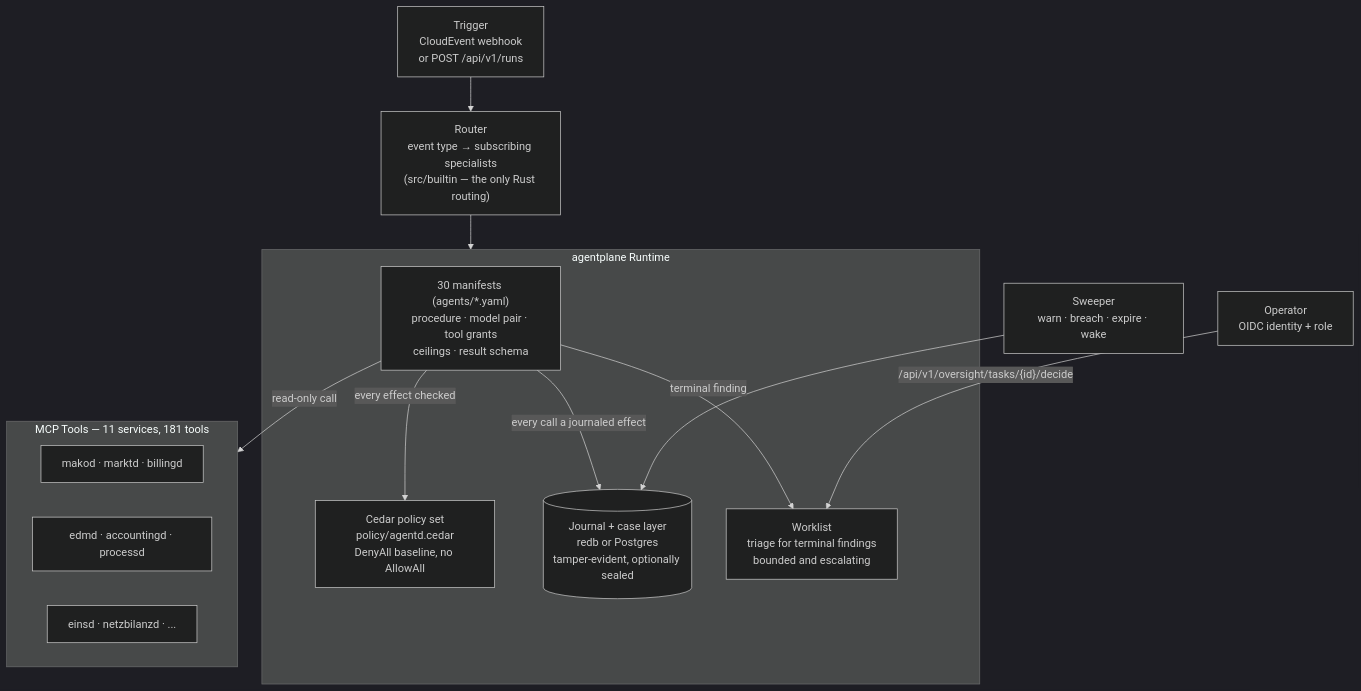
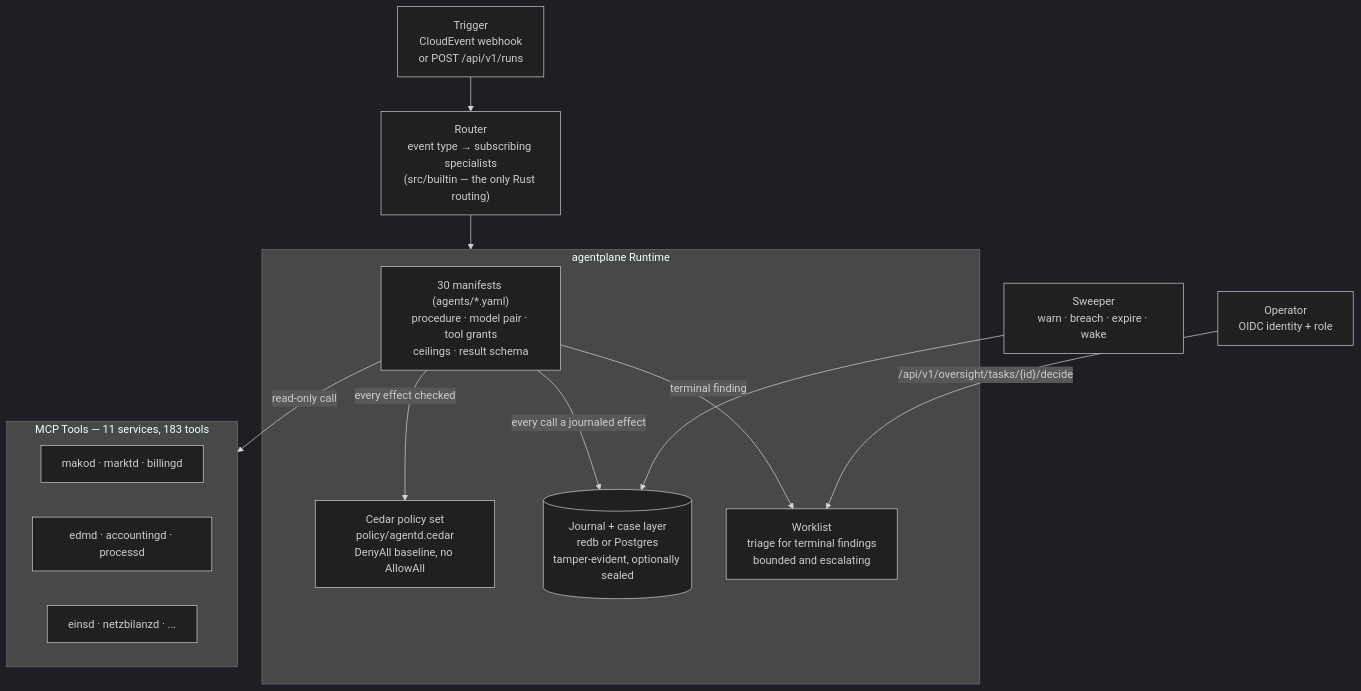
The first of 4 diagrams in site/content/docs/services/agentd.md (hupe1980/mako), drawn with Mermaid (dark theme) before and after one commit. The commit also changed other lines of this file and 494 other files, not shown here.

First line of the commit message:
Release 0.34.0: the online contract, the BKV role and the AS4 2.6 rules — every published figure refused by name until it is loaded

````diff
--- a/site/content/docs/services/agentd.md
+++ b/site/content/docs/services/agentd.md
@@ -514,29 +513,29 @@
 ```mermaid
 graph TB
     TRIGGER["Trigger<br/>CloudEvent webhook<br/>or POST /api/v1/runs"]
     ROUTER["Router<br/>event type → subscribing specialists<br/>(src/builtin — the only Rust routing)"]
 
     subgraph plane ["agentplane Runtime"]
         MANIFEST["30 manifests (agents/*.yaml)<br/>procedure · model pair · tool grants<br/>ceilings · result schema"]
         POLICY["Cedar policy set<br/>policy/agentd.cedar<br/>DenyAll baseline, no AllowAll"]
         JOURNAL[("Journal + case layer<br/>redb or Postgres<br/>tamper-evident, optionally sealed")]
         OVERSIGHT["Worklist<br/>triage for terminal findings<br/>bounded and escalating"]
     end
 
-    subgraph tools ["MCP Tools — 11 services, 181 tools"]
+    subgraph tools ["MCP Tools — 11 services, 183 tools"]
         T1["makod · marktd · billingd"]
         T2["edmd · accountingd · processd"]
         T3["einsd · netzbilanzd · ..."]
     end
 
     HUMAN["Operator<br/>OIDC identity + role"]
     SWEEP["Sweeper<br/>warn · breach · expire · wake"]
 
     TRIGGER --> ROUTER --> plane
     MANIFEST -->|"every effect checked"| POLICY
     MANIFEST -->|"every call a journaled effect"| JOURNAL
     MANIFEST -->|"terminal finding"| OVERSIGHT
     HUMAN -->|"/api/v1/oversight/tasks/{id}/decide"| OVERSIGHT
     SWEEP --> JOURNAL
     MANIFEST -->|"read-only call"| tools
 ```
````
